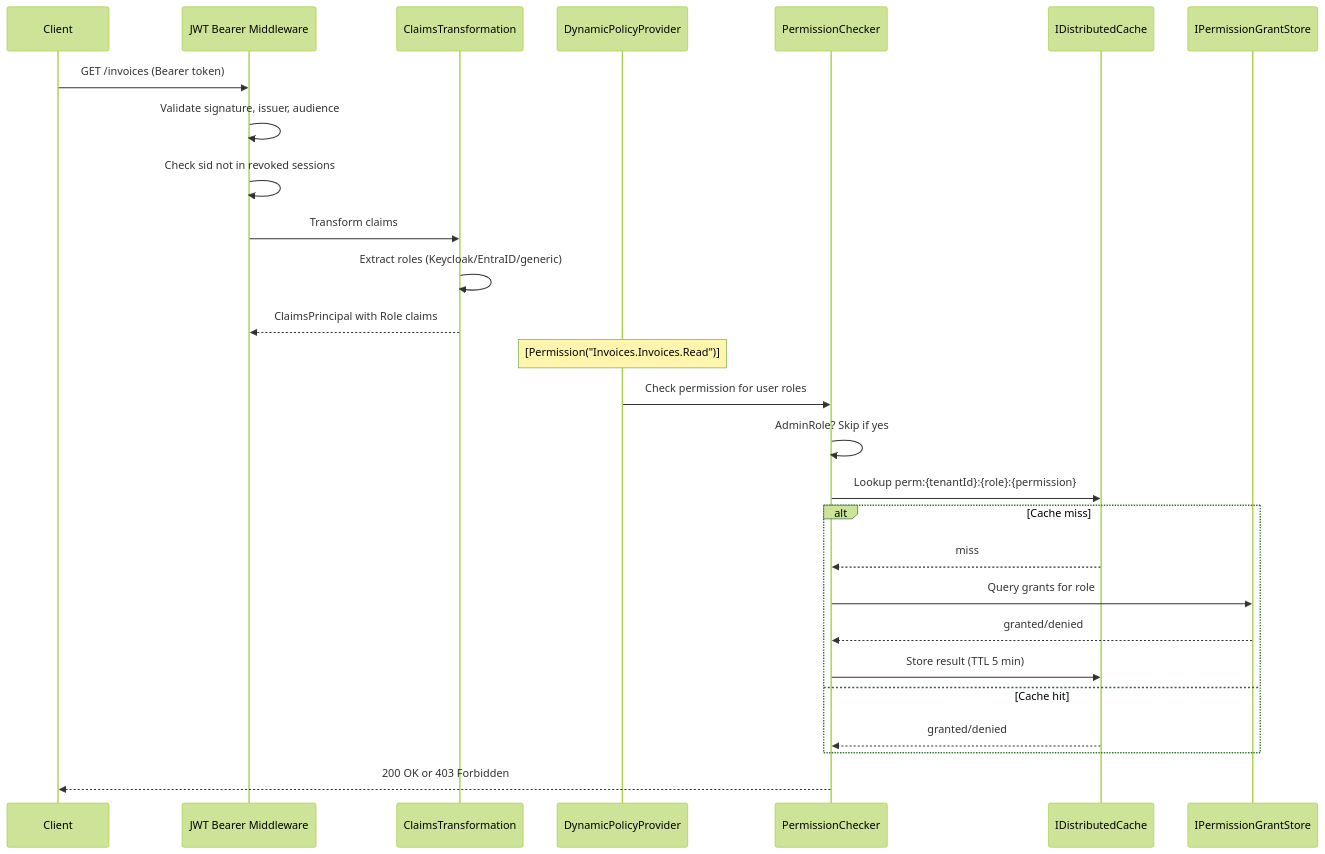
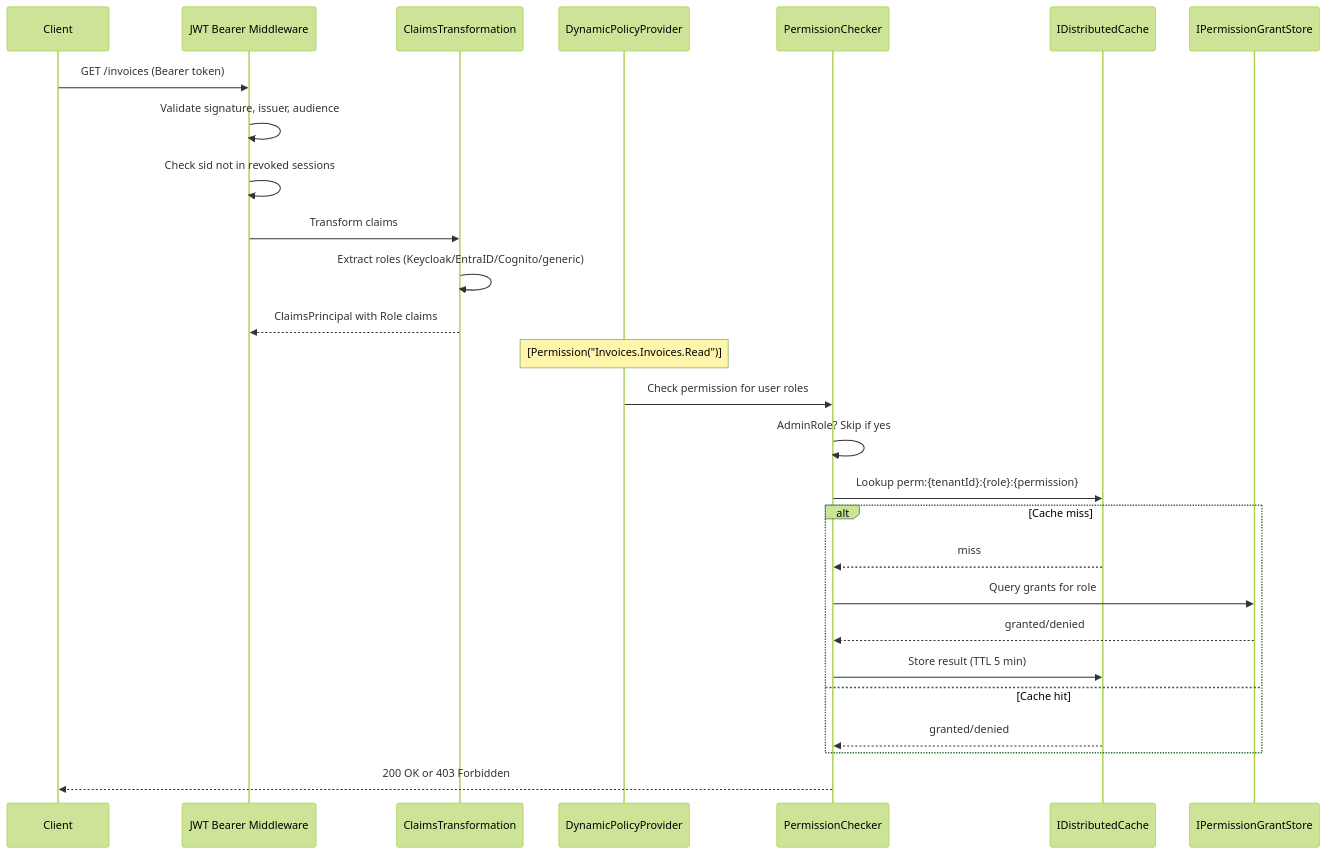
The third of 3 diagrams in docs-site/src/content/docs/concepts/security-model.mdx (enraiz/granit-dotnet), drawn with Mermaid (forest theme) before and after one commit. The commit also changed other lines of this file and 14 other files, not shown here.

````diff
--- a/docs-site/src/content/docs/concepts/security-model.mdx
+++ b/docs-site/src/content/docs/concepts/security-model.mdx
@@ -240,31 +252,31 @@
 ```mermaid
 sequenceDiagram
     participant Client
     participant JWT as JWT Bearer Middleware
     participant CT as ClaimsTransformation
     participant DPP as DynamicPolicyProvider
     participant PC as PermissionChecker
     participant Cache as IDistributedCache
     participant Store as IPermissionGrantStore
 
     Client->>JWT: GET /invoices (Bearer token)
     JWT->>JWT: Validate signature, issuer, audience
     JWT->>JWT: Check sid not in revoked sessions
     JWT->>CT: Transform claims
-    CT->>CT: Extract roles (Keycloak/EntraID/generic)
+    CT->>CT: Extract roles (Keycloak/EntraID/Cognito/generic)
     CT-->>JWT: ClaimsPrincipal with Role claims
 
     Note over DPP: [Permission("Invoices.Invoices.Read")]
     DPP->>PC: Check permission for user roles
     PC->>PC: AdminRole? Skip if yes
     PC->>Cache: Lookup perm:{tenantId}:{role}:{permission}
     alt Cache miss
         Cache-->>PC: miss
         PC->>Store: Query grants for role
         Store-->>PC: granted/denied
         PC->>Cache: Store result (TTL 5 min)
     else Cache hit
         Cache-->>PC: granted/denied
     end
     PC-->>Client: 200 OK or 403 Forbidden
 ```
````
